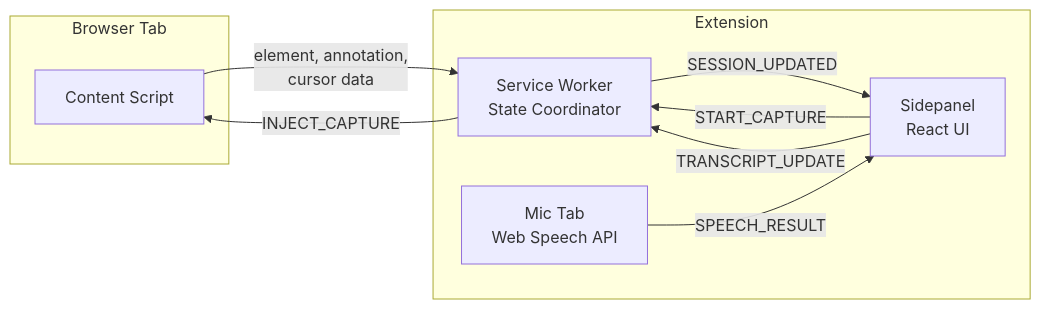
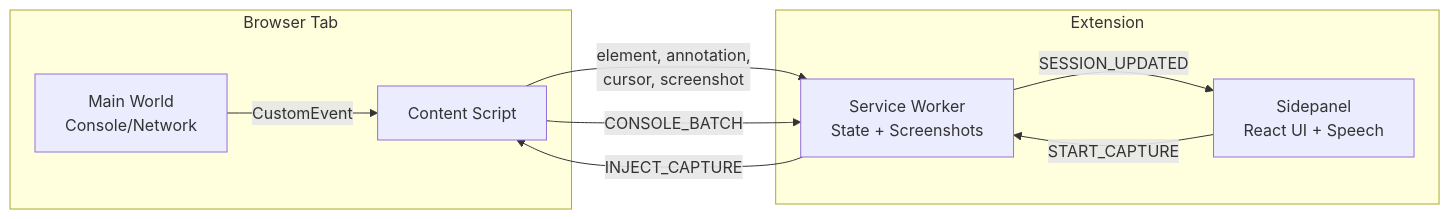
One commit to BraedenBDev/pointdev changed the diagram in README.md. Above: the diagram before and after it, drawn with Mermaid. The commit also changed other lines of this file, not shown here.

````diff
--- a/README.md
+++ b/README.md
@@ -111,18 +115,18 @@
 ```mermaid
 flowchart LR
     subgraph Browser Tab
         CS[Content Script]
+        MW[Main World<br/>Console/Network]
     end
     subgraph Extension
-        SP[Sidepanel<br/>React UI]
-        SW[Service Worker<br/>State Coordinator]
-        MT[Mic Tab<br/>Web Speech API]
+        SP[Sidepanel<br/>React UI + Speech]
+        SW[Service Worker<br/>State + Screenshots]
     end
 
     SP -- START_CAPTURE --> SW
     SW -- INJECT_CAPTURE --> CS
-    CS -- element, annotation,<br/>cursor data --> SW
+    CS -- element, annotation,<br/>cursor, screenshot --> SW
+    MW -- CustomEvent --> CS
+    CS -- CONSOLE_BATCH --> SW
     SW -- SESSION_UPDATED --> SP
-    MT -- SPEECH_RESULT --> SP
-    SP -- TRANSCRIPT_UPDATE --> SW
 ```
````
